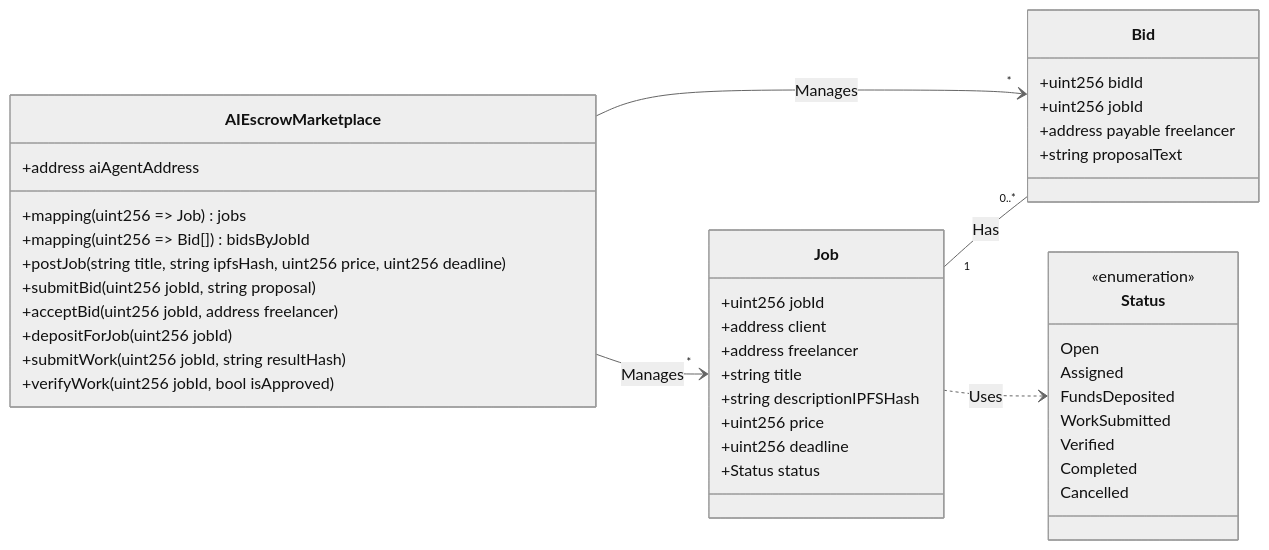
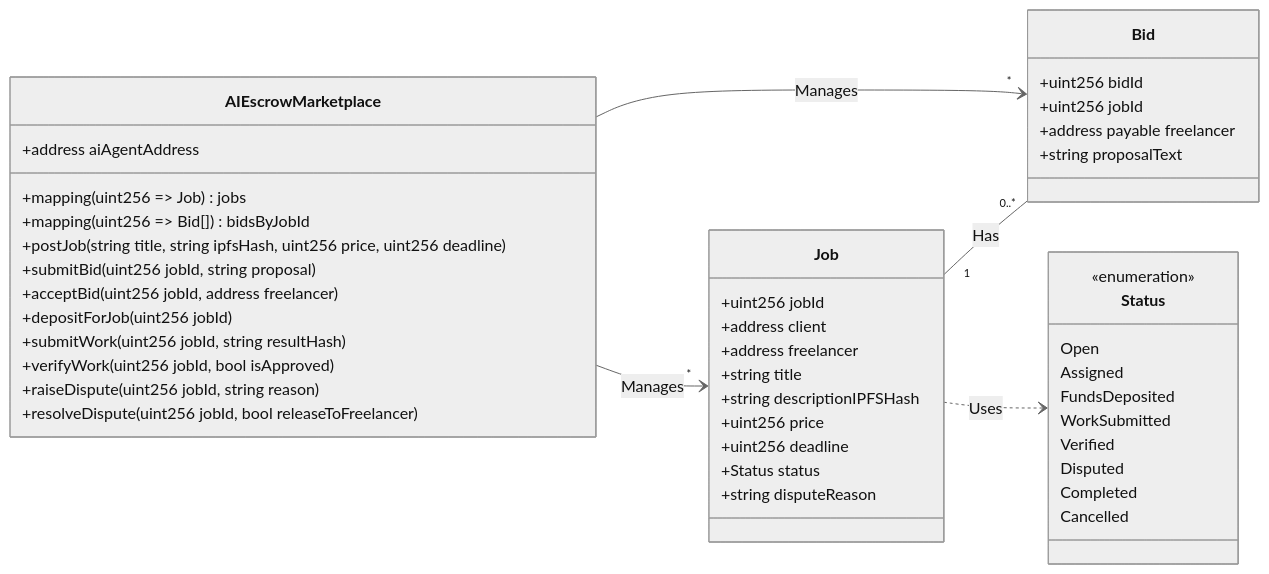
One commit to zetrosoft/verifi-app changed the first of 5 diagrams in doc/development_plan.md. Above: the diagram before and after it, drawn with Mermaid (neutral theme). The commit also changed other lines of this file and 46 other files, not shown here.

````diff
--- a/doc/development_plan.md
+++ b/doc/development_plan.md
@@ -62,50 +64,54 @@
 ```mermaid
 classDiagram
     direction LR
 
     class AIEscrowMarketplace {
         +address aiAgentAddress
         +mapping(uint256 => Job) jobs
         +mapping(uint256 => Bid[]) bidsByJobId
         +postJob(string title, string ipfsHash, uint256 price, uint256 deadline)
         +submitBid(uint256 jobId, string proposal)
         +acceptBid(uint256 jobId, address freelancer)
         +depositForJob(uint256 jobId)
         +submitWork(uint256 jobId, string resultHash)
         +verifyWork(uint256 jobId, bool isApproved)
+        +raiseDispute(uint256 jobId, string reason)
+        +resolveDispute(uint256 jobId, bool releaseToFreelancer)
     }
 
     class Job {
         +uint256 jobId
         +address client
         +address freelancer
         +string title
         +string descriptionIPFSHash
         +uint256 price
         +uint256 deadline
         +Status status
+        +string disputeReason
     }
 
     class Bid {
         +uint256 bidId
         +uint256 jobId
         +address payable freelancer
         +string proposalText
     }
 
     class Status {
         <<enumeration>>
         Open
         Assigned
         FundsDeposited
         WorkSubmitted
         Verified
+        Disputed
         Completed
         Cancelled
     }
 
     AIEscrowMarketplace  -->  "*" Job : Manages
     AIEscrowMarketplace  -->  "*" Bid : Manages
     Job  "1" -- "0..*"  Bid : Has
     Job  ..>  Status : Uses
 ```
````
